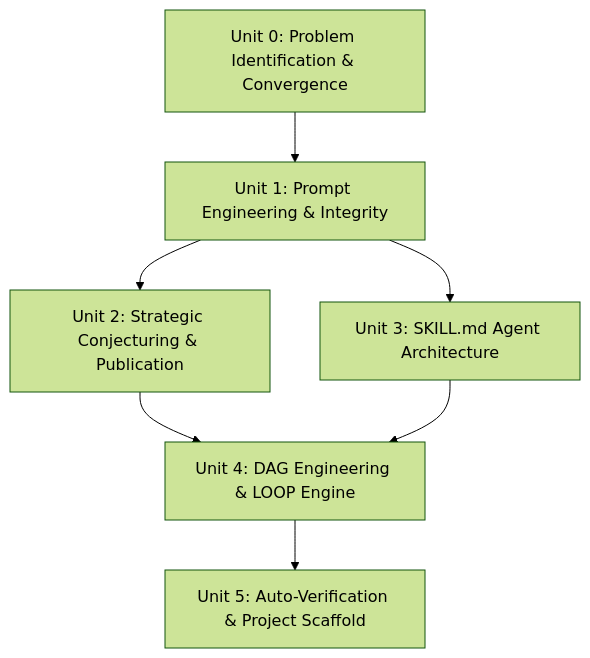
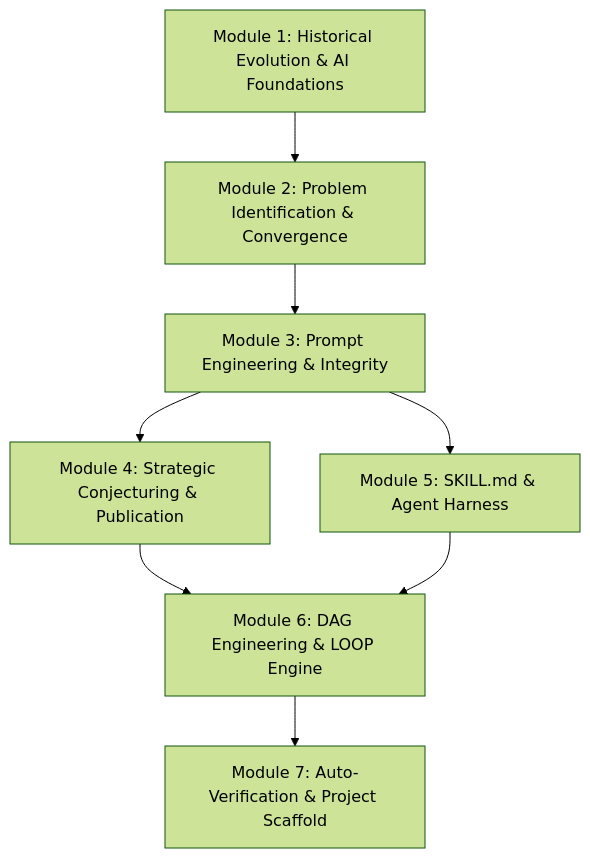
The diagram in docs/ai-math-research/ai-math-research.md (sanchitnis/REVA-learning-hub), drawn with Mermaid (forest theme) before and after one commit. The commit also changed other lines of this file, not shown here.

Commit message:
Synchronize Docusaurus portal page and intro index with 7-module structure

````diff
--- a/docs/ai-math-research/ai-math-research.md
+++ b/docs/ai-math-research/ai-math-research.md
@@ -41,9 +42,10 @@
 ```mermaid
 flowchart TD
-    U0["Unit 0: Problem Identification & Convergence"] --> U1["Unit 1: Prompt Engineering & Integrity"]
-    U1 --> U2["Unit 2: Strategic Conjecturing & Publication"]
-    U1 --> U3["Unit 3: SKILL.md Agent Architecture"]
-    U2 --> U4["Unit 4: DAG Engineering & LOOP Engine"]
-    U3 --> U4
-    U4 --> U5["Unit 5: Auto-Verification & Project Scaffold"]
+    M1["Module 1: Historical Evolution & AI Foundations"] --> M2["Module 2: Problem Identification & Convergence"]
+    M2 --> M3["Module 3: Prompt Engineering & Integrity"]
+    M3 --> M4["Module 4: Strategic Conjecturing & Publication"]
+    M3 --> M5["Module 5: SKILL.md & Agent Harness"]
+    M4 --> M6["Module 6: DAG Engineering & LOOP Engine"]
+    M5 --> M6
+    M6 --> M7["Module 7: Auto-Verification & Project Scaffold"]
 ```
````
